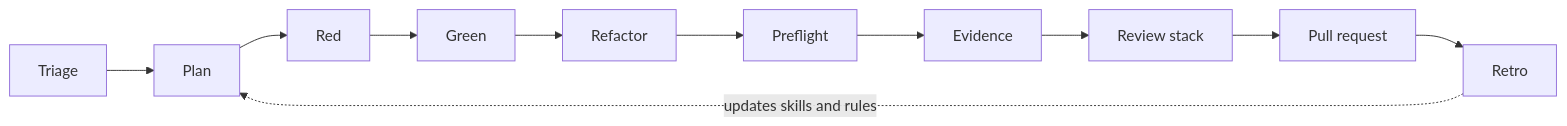
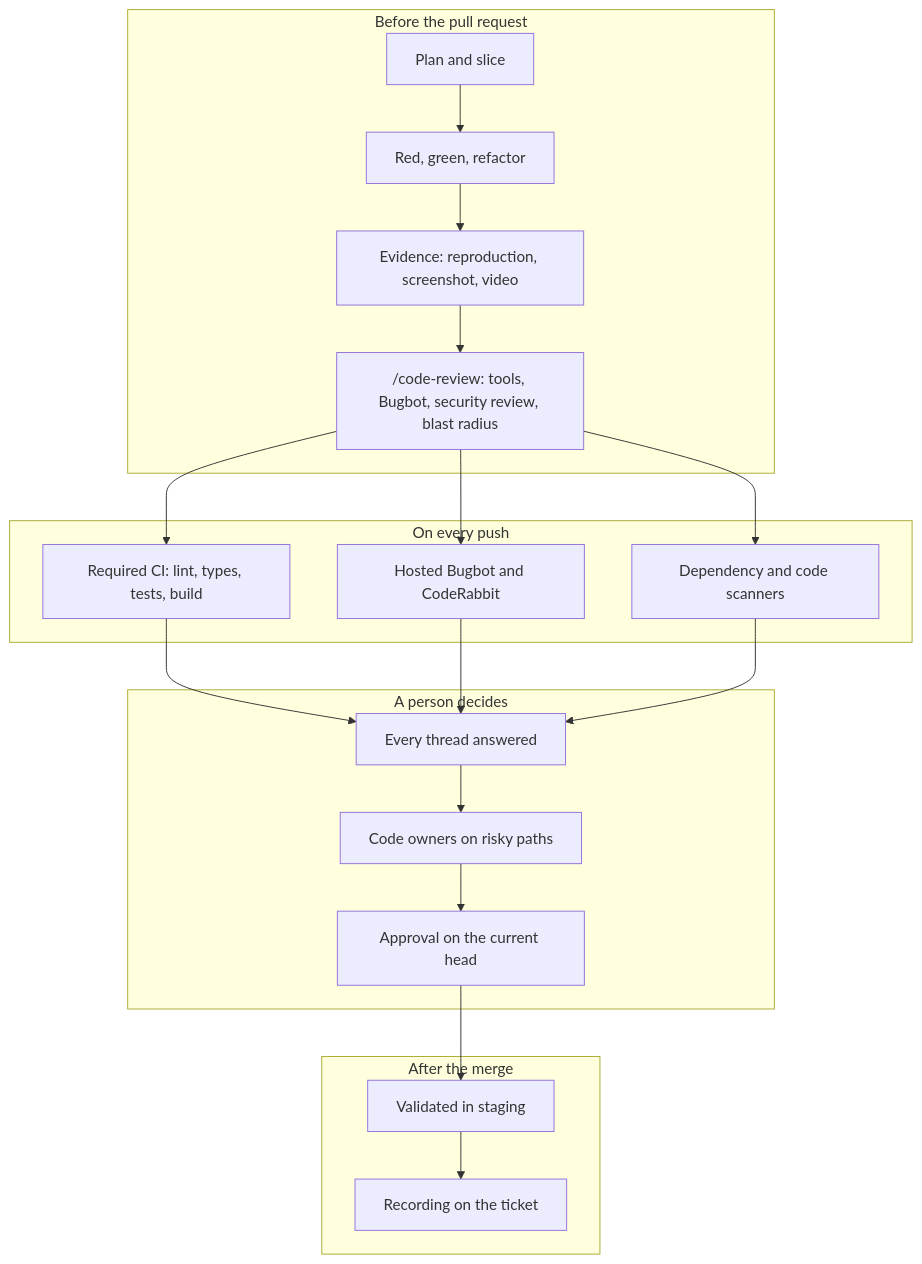
The diagram in README.md (pp-interview/agentic-engineering), drawn with Mermaid before and after one commit. The commit also changed other lines of this file, not shown here.

Commit message:
Rewrite the guide around review layers, Bugbot, CodeRabbit and /code-review

````diff
--- a/README.md
+++ b/README.md
@@ -61,13 +60,24 @@
 ```mermaid
-flowchart LR
-    A[Triage] --> B[Plan]
-    B --> C[Red]
-    C --> D[Green]
-    D --> E[Refactor]
-    E --> F[Preflight]
-    F --> G[Evidence]
-    G --> H[Review stack]
-    H --> I[Pull request]
-    I --> J[Retro]
-    J -. updates skills and rules .-> B
+flowchart TD
+    subgraph Before["Before the pull request"]
+        A[Plan and slice] --> B[Red, green, refactor]
+        B --> C[Evidence: reproduction, screenshot, video]
+        C --> D["/code-review: tools, Bugbot, security review, blast radius"]
+    end
+    subgraph PR["On every push"]
+        E[Required CI: lint, types, tests, build]
+        F[Hosted Bugbot and CodeRabbit]
+        G[Dependency and code scanners]
+    end
+    subgraph People["A person decides"]
+        H[Every thread answered]
+        I[Code owners on risky paths]
+        J[Approval on the current head]
+    end
+    subgraph After["After the merge"]
+        K[Validated in staging]
+        L[Recording on the ticket]
+    end
+    D --> E & F & G
+    E & F & G --> H --> I --> J --> K --> L
 ```
````
